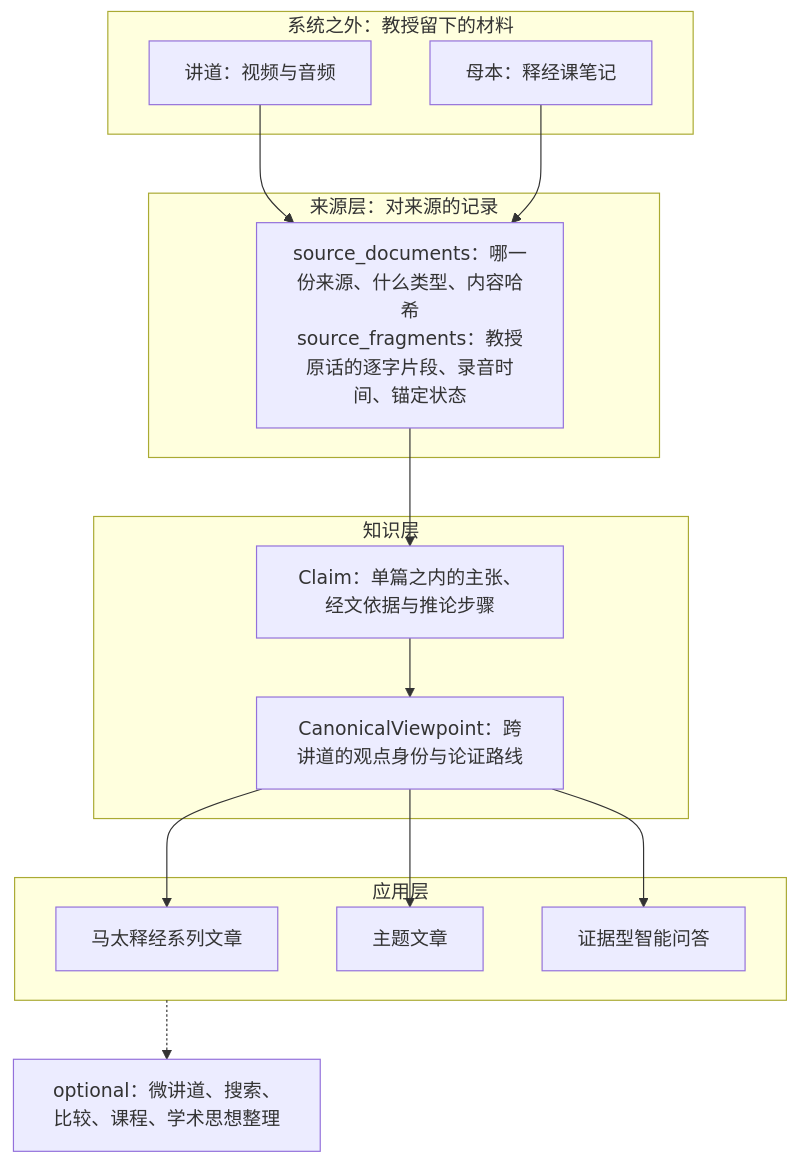
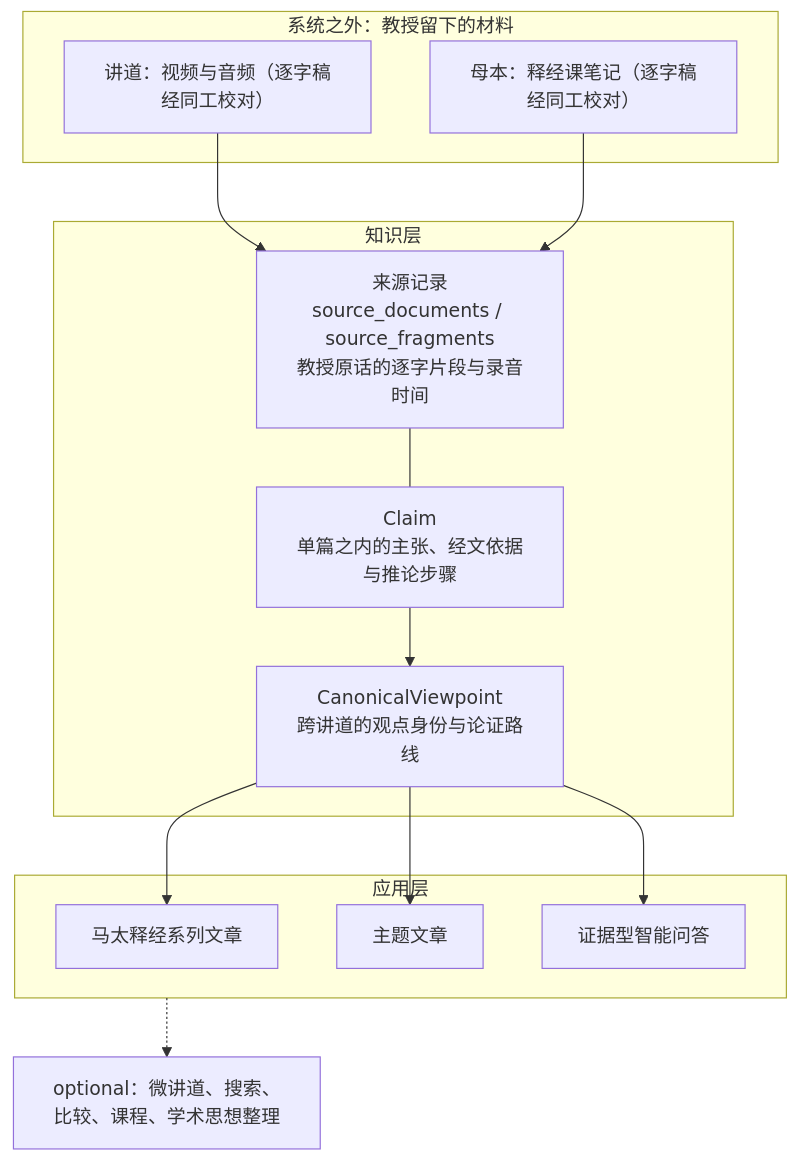
Before and after one commit to junyang168/smart-answer: the diagram in docs/wang-knowledge-platform/00-overview/solution_architecture.md, drawn with Mermaid. The commit also changed other lines of this file, not shown here.

````diff
--- a/docs/wang-knowledge-platform/00-overview/solution_architecture.md
+++ b/docs/wang-knowledge-platform/00-overview/solution_architecture.md
@@ -91,32 +93,28 @@
 ```mermaid
 flowchart TD
     subgraph L0["系统之外：教授留下的材料"]
-        SERMON["讲道：视频与音频"]
-        NOTES["母本：释经课笔记"]
+        SERMON["讲道：视频与音频（逐字稿经同工校对）"]
+        NOTES["母本：释经课笔记（逐字稿经同工校对）"]
     end
 
-    SERMON --> SRC
-    NOTES --> SRC
-
-    subgraph L1["来源层：对来源的记录"]
-        SRC["source_documents：哪一份来源、什么类型、内容哈希<br/>source_fragments：教授原话的逐字片段、录音时间、锚定状态"]
-    end
-
-    subgraph L2["知识层"]
-        CLAIM["Claim：单篇之内的主张、经文依据与推论步骤"]
-        CVP["CanonicalViewpoint：跨讲道的观点身份与论证路线"]
+    subgraph L1["知识层"]
+        PROV["来源记录<br/>source_documents / source_fragments<br/>教授原话的逐字片段与录音时间"]
+        CLAIM["Claim<br/>单篇之内的主张、经文依据与推论步骤"]
+        CVP["CanonicalViewpoint<br/>跨讲道的观点身份与论证路线"]
+        PROV --- CLAIM
         CLAIM --> CVP
     end
 
-    subgraph L3["应用层"]
+    subgraph L2["应用层"]
         ART["马太释经系列文章"]
         TOPIC["主题文章"]
         QA["证据型智能问答"]
     end
 
-    SRC --> CLAIM
+    SERMON --> PROV
+    NOTES --> PROV
     CVP --> ART
     CVP --> TOPIC
     CVP --> QA
-    L3 -.-> OPT["optional：微讲道、搜索、比较、课程、学术思想整理"]
+    L2 -.-> OPT["optional：微讲道、搜索、比较、课程、学术思想整理"]
 ```
````
